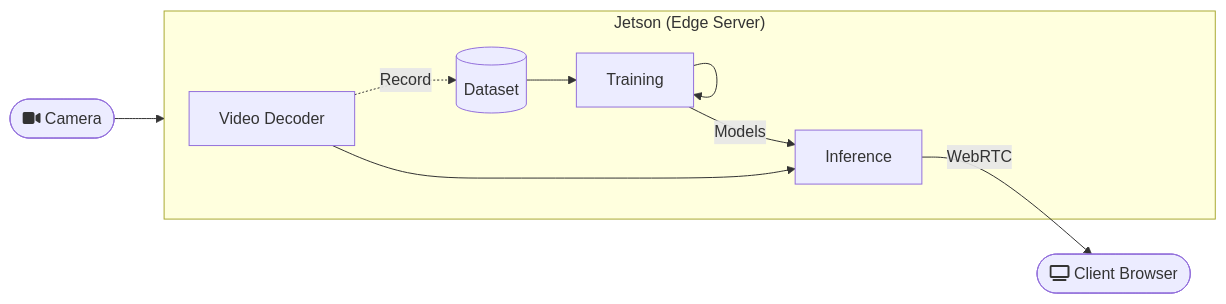
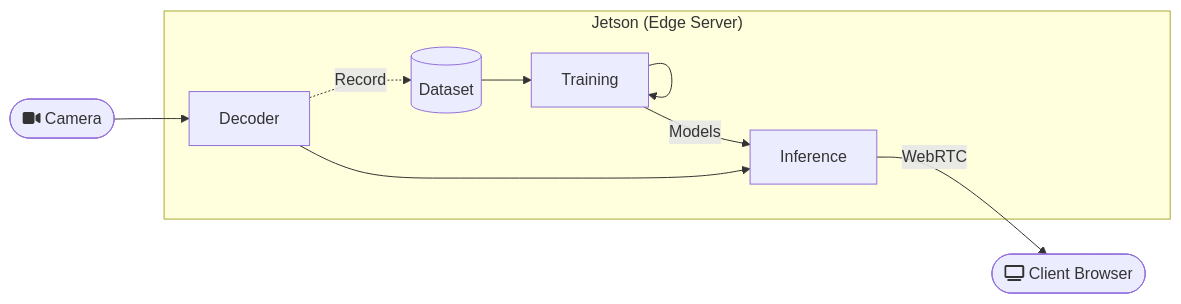
One commit to dusty-nv/jetson-inference changed the diagram in docs/webrtc-recognizer.md. Above: the diagram before and after it, drawn with Mermaid.

````diff
--- a/docs/webrtc-recognizer.md
+++ b/docs/webrtc-recognizer.md
@@ -38,18 +38,18 @@
 ```mermaid
 graph LR
     camera([fa:fa-video-camera Camera])
     player([fa:fa-television Client Browser])
     subgraph server ["Jetson (Edge Server)"]
-        decoder[Video Decoder]
+        decoder[Decoder]
         dataset[("Dataset")]
         training["Training"]
         inference["Inference"]
         decoder-.->|Record|dataset
         decoder-->inference
         dataset-->training
         training-->training
         training-- Models --> inference
     end
-    camera-->server
+    camera-->decoder
     inference-- WebRTC -->player
 ```
````
